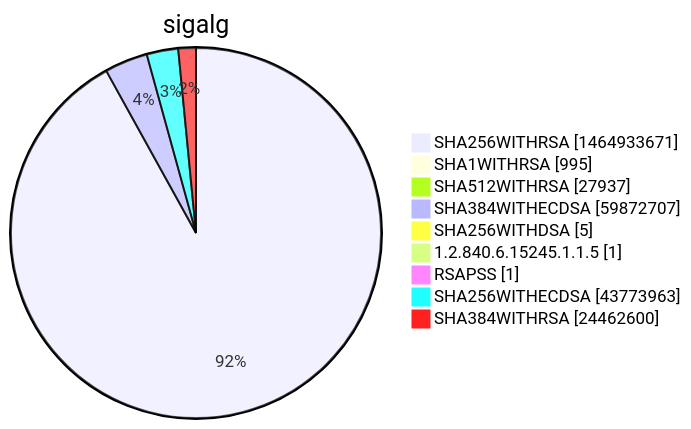
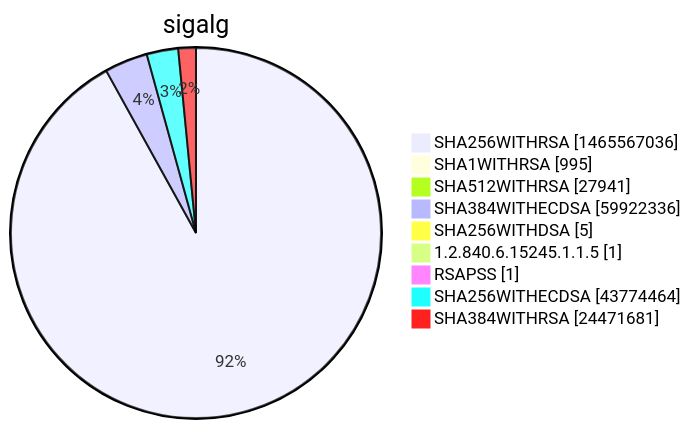
One commit to christiankrug/ctmonitor_visualization changed diagram 15 of 15 in xenon2022/README.md. Above: the diagram before and after it, drawn with Mermaid. The commit also changed other lines of this file, not shown here.

````diff
--- a/xenon2022/README.md
+++ b/xenon2022/README.md
@@ -5863,13 +5863,13 @@
 ```mermaid
 pie showData
 title sigalg
-"SHA256WITHRSA" :1464933671
+"SHA256WITHRSA" :1465567036
 "SHA1WITHRSA" :995
-"SHA512WITHRSA" :27937
-"SHA384WITHECDSA" :59872707
+"SHA512WITHRSA" :27941
+"SHA384WITHECDSA" :59922336
 "SHA256WITHDSA" :5
 "1.2.840.6.15245.1.1.5" :1
 "RSAPSS" :1
-"SHA256WITHECDSA" :43773963
-"SHA384WITHRSA" :24462600
+"SHA256WITHECDSA" :43774464
+"SHA384WITHRSA" :24471681
 ```
````
